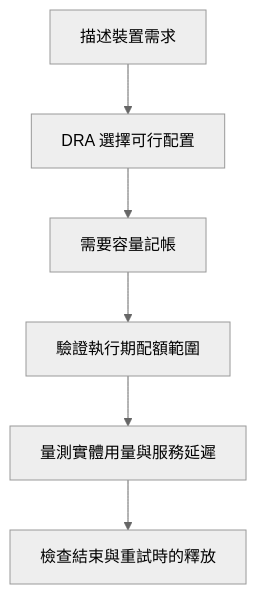
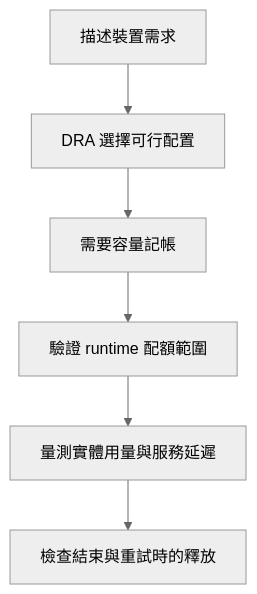
Before and after one commit to Daniel77871/dra-gpu-sharing-in-practice: the diagram in book/07-conclusion.md, drawn with Mermaid (neutral theme). The commit also changed other lines of this file and 80 other files, not shown here.

````diff
--- a/book/07-conclusion.md
+++ b/book/07-conclusion.md
@@ -11,8 +11,8 @@
 ```mermaid
 flowchart TD
   A["描述裝置需求"] --> B["DRA 選擇可行配置"]
   B --> C["需要容量記帳"]
-  C --> D["驗證執行期配額範圍"]
+  C --> D["驗證 runtime 配額範圍"]
   D --> E["量測實體用量與服務延遲"]
   E --> F["檢查結束與重試時的釋放"]
 ```
````
